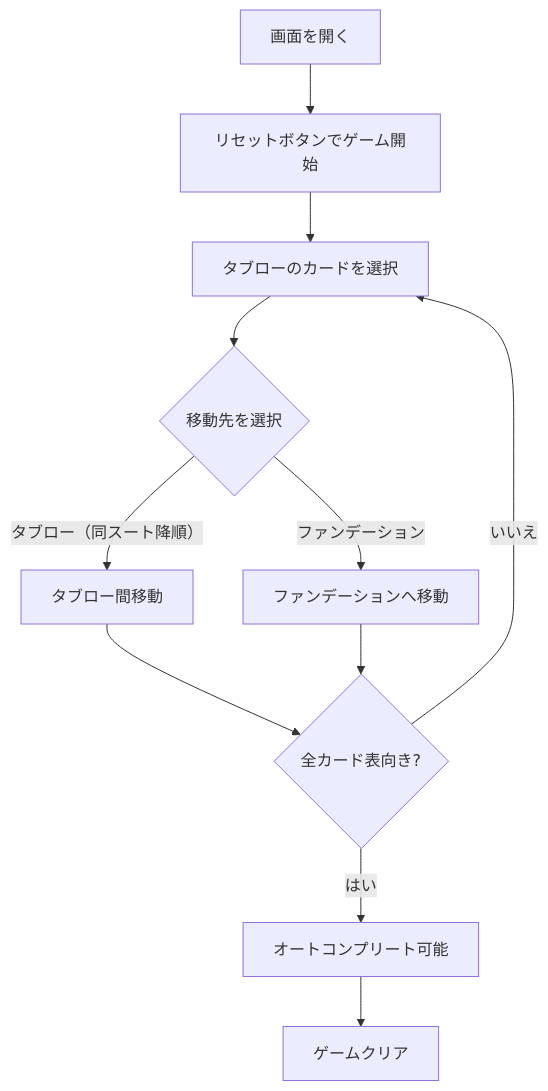
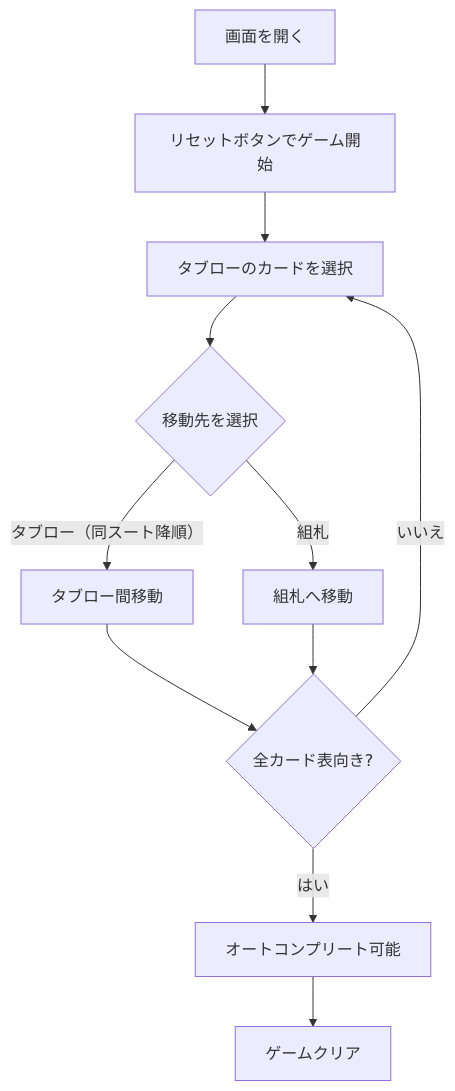
Before and after one commit to yuta-yoshinaga/go_trumpcards: the diagram in docs/manual/web/russiansolitaire.md, drawn with Mermaid. The commit also changed other lines of this file and 65 other files, not shown here.

````diff
--- a/docs/manual/web/russiansolitaire.md
+++ b/docs/manual/web/russiansolitaire.md
@@ -38,13 +38,13 @@
 ```mermaid
 flowchart TD
     A[画面を開く] --> B[リセットボタンでゲーム開始]
     B --> C[タブローのカードを選択]
     C --> D{移動先を選択}
     D -->|タブロー（同スート降順）| E[タブロー間移動]
-    D -->|ファンデーション| F[ファンデーションへ移動]
+    D -->|組札| F[組札へ移動]
     E --> G{全カード表向き?}
     F --> G
     G -->|はい| H[オートコンプリート可能]
     G -->|いいえ| C
     H --> I[ゲームクリア]
 ```
````
